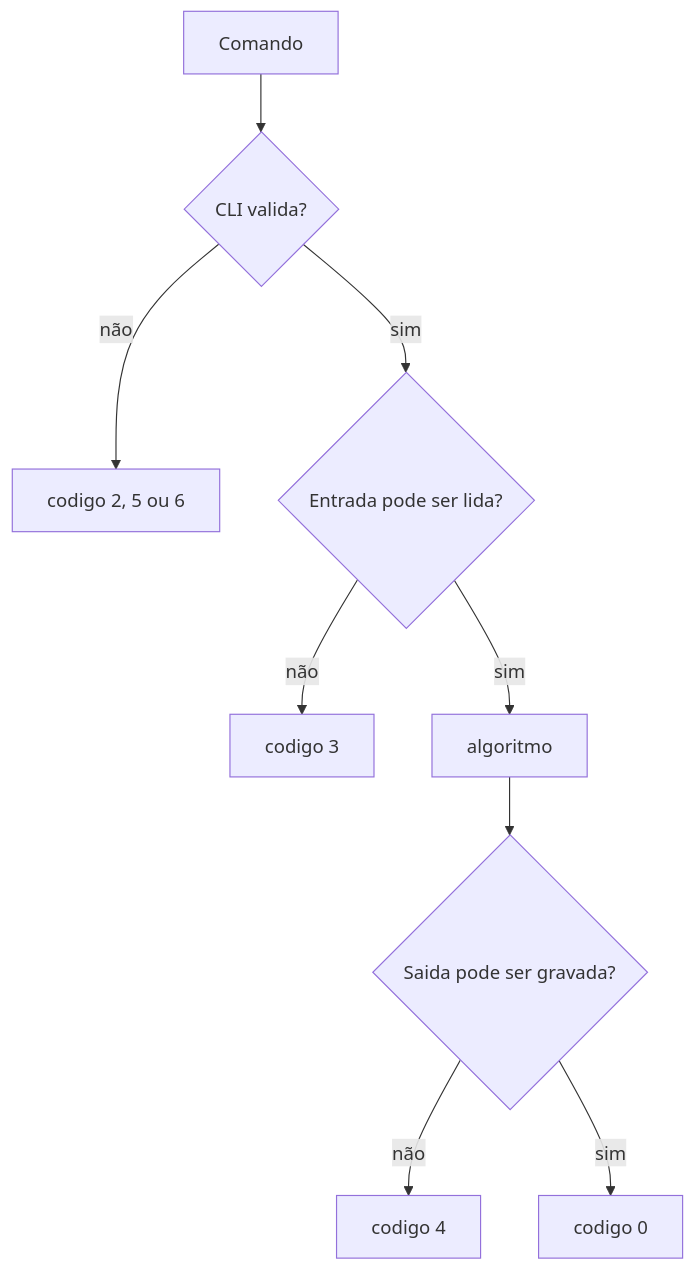
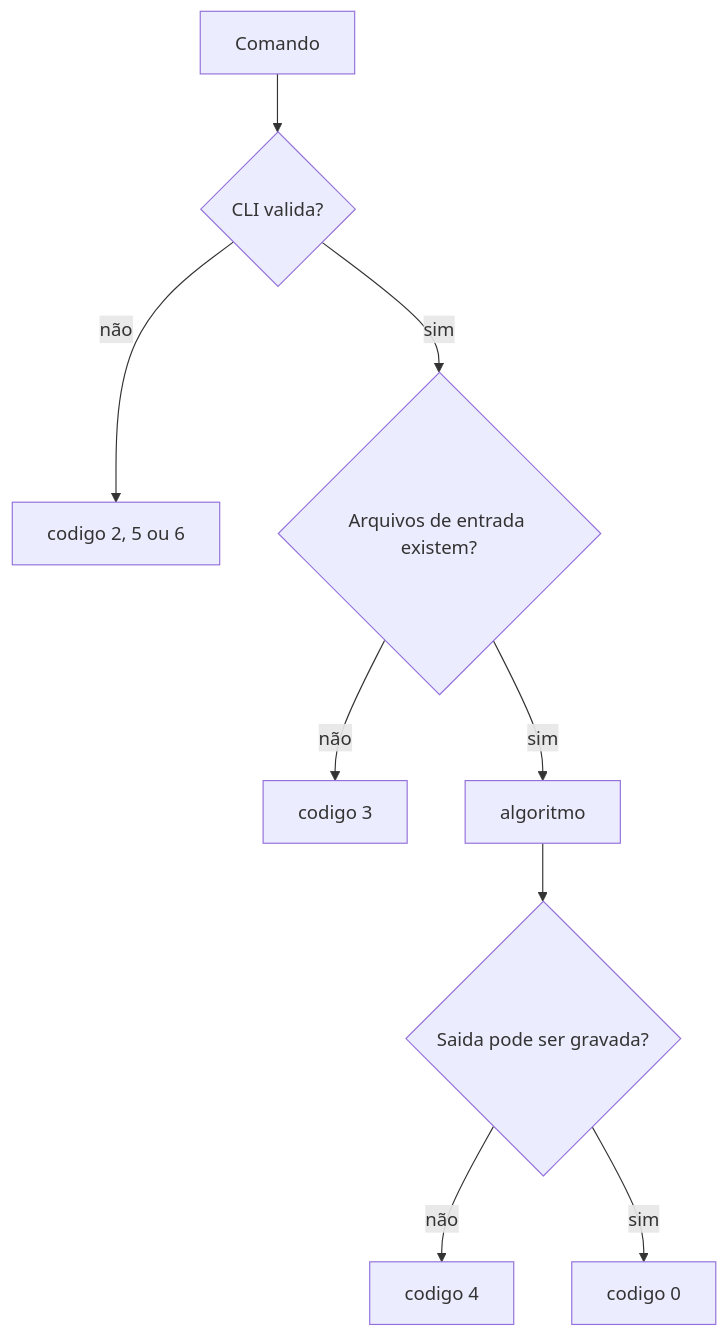
Before and after one commit to m4rc3lo/pdi_template: the diagram in docs/06-erros-e-codigos-de-saida.md, drawn with Mermaid. The commit also changed other lines of this file, not shown here.

````diff
--- a/docs/06-erros-e-codigos-de-saida.md
+++ b/docs/06-erros-e-codigos-de-saida.md
@@ -27,11 +27,11 @@
 ```mermaid
 flowchart TD
     A[Comando] --> B{CLI valida?}
     B -- não --> C[codigo 2, 5 ou 6]
-    B -- sim --> D{Entrada pode ser lida?}
+    B -- sim --> D{Arquivos de entrada existem?}
     D -- não --> E[codigo 3]
     D -- sim --> F[algoritmo]
     F --> G{Saida pode ser gravada?}
     G -- não --> H[codigo 4]
     G -- sim --> I[codigo 0]
 ```
````
